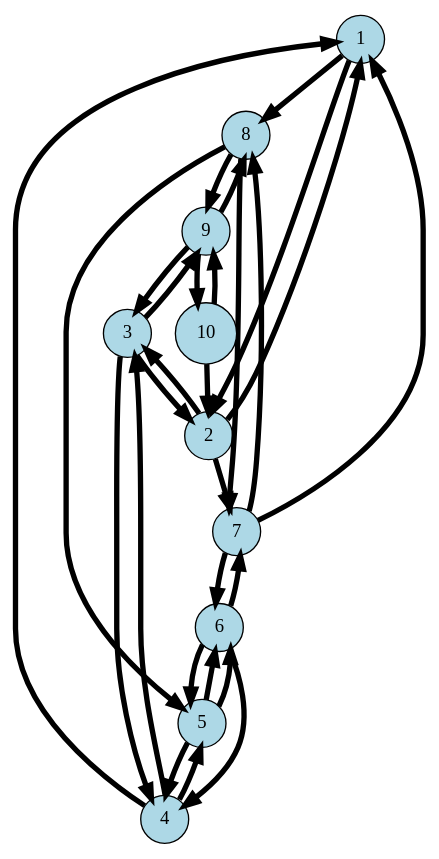
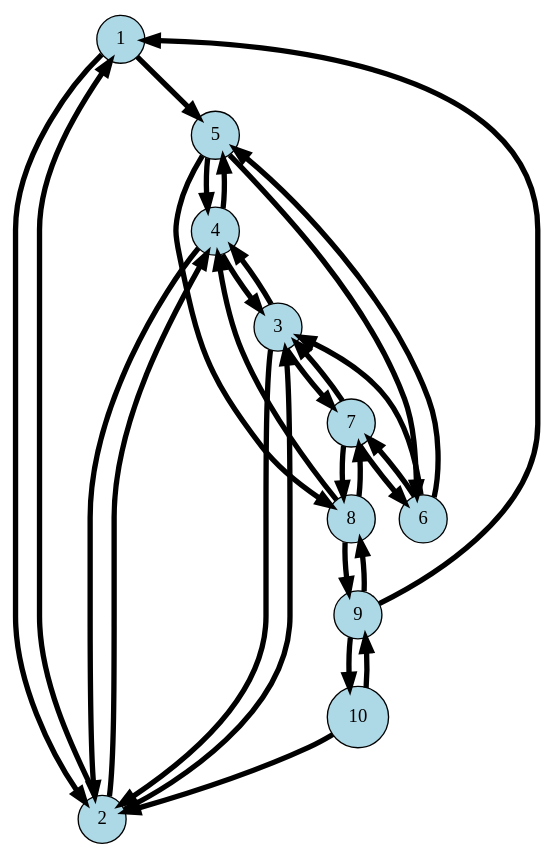
One commit to RafaelBrandaoBastos/ElixirGraph changed the diagram in graph/graph.dot. Above: the diagram before and after it, drawn with Graphviz. The commit also changed 2 other files, not shown here.

```diff
--- a/graph/graph.dot
+++ b/graph/graph.dot
@@ -1,40 +1,40 @@
 digraph G {
 1 [label="1", fillcolor="lightblue", style="filled", shape="circle"];
-  1 -> 8[penwidth=4];
+  1 -> 5[penwidth=4];
   1 -> 2[penwidth=4];
+  2 [label="2", fillcolor="lightblue", style="filled", shape="circle"];
+  2 -> 4[penwidth=4];
+  2 -> 3[penwidth=4];
+  2 -> 1[penwidth=4];
+  3 [label="3", fillcolor="lightblue", style="filled", shape="circle"];
+  3 -> 7[penwidth=4];
+  3 -> 4[penwidth=4];
+  3 -> 2[penwidth=4];
+  4 [label="4", fillcolor="lightblue", style="filled", shape="circle"];
+  4 -> 2[penwidth=4];
+  4 -> 5[penwidth=4];
+  4 -> 3[penwidth=4];
+  5 [label="5", fillcolor="lightblue", style="filled", shape="circle"];
+  5 -> 8[penwidth=4];
+  5 -> 6[penwidth=4];
+  5 -> 4[penwidth=4];
+  6 [label="6", fillcolor="lightblue", style="filled", shape="circle"];
+  6 -> 3[penwidth=4];
+  6 -> 7[penwidth=4];
+  6 -> 5[penwidth=4];
+  7 [label="7", fillcolor="lightblue", style="filled", shape="circle"];
+  7 -> 3[penwidth=4];
+  7 -> 8[penwidth=4];
+  7 -> 6[penwidth=4];
+  8 [label="8", fillcolor="lightblue", style="filled", shape="circle"];
+  8 -> 4[penwidth=4];
+  8 -> 9[penwidth=4];
+  8 -> 7[penwidth=4];
+  9 [label="9", fillcolor="lightblue", style="filled", shape="circle"];
+  9 -> 1[penwidth=4];
+  9 -> 10[penwidth=4];
+  9 -> 8[penwidth=4];
   10 [label="10", fillcolor="lightblue", style="filled", shape="circle"];
   10 -> 2[penwidth=4];
   10 -> 9[penwidth=4];
-  2 [label="2", fillcolor="lightblue", style="filled", shape="circle"];
-  2 -> 7[penwidth=4];
-  2 -> 3[penwidth=4];
-  2 -> 1[penwidth=4];
-  3 [label="3", fillcolor="lightblue", style="filled", shape="circle"];
-  3 -> 9[penwidth=4];
-  3 -> 4[penwidth=4];
-  3 -> 2[penwidth=4];
-  4 [label="4", fillcolor="lightblue", style="filled", shape="circle"];
-  4 -> 1[penwidth=4];
-  4 -> 5[penwidth=4];
-  4 -> 3[penwidth=4];
-  5 [label="5", fillcolor="lightblue", style="filled", shape="circle"];
-  5 -> 6[penwidth=4];
-  5 -> 6[penwidth=4];
-  5 -> 4[penwidth=4];
-  6 [label="6", fillcolor="lightblue", style="filled", shape="circle"];
-  6 -> 4[penwidth=4];
-  6 -> 7[penwidth=4];
-  6 -> 5[penwidth=4];
-  7 [label="7", fillcolor="lightblue", style="filled", shape="circle"];
-  7 -> 1[penwidth=4];
-  7 -> 8[penwidth=4];
-  7 -> 6[penwidth=4];
-  8 [label="8", fillcolor="lightblue", style="filled", shape="circle"];
-  8 -> 5[penwidth=4];
-  8 -> 9[penwidth=4];
-  8 -> 7[penwidth=4];
-  9 [label="9", fillcolor="lightblue", style="filled", shape="circle"];
-  9 -> 3[penwidth=4];
-  9 -> 10[penwidth=4];
-  9 -> 8[penwidth=4];
 }
```
